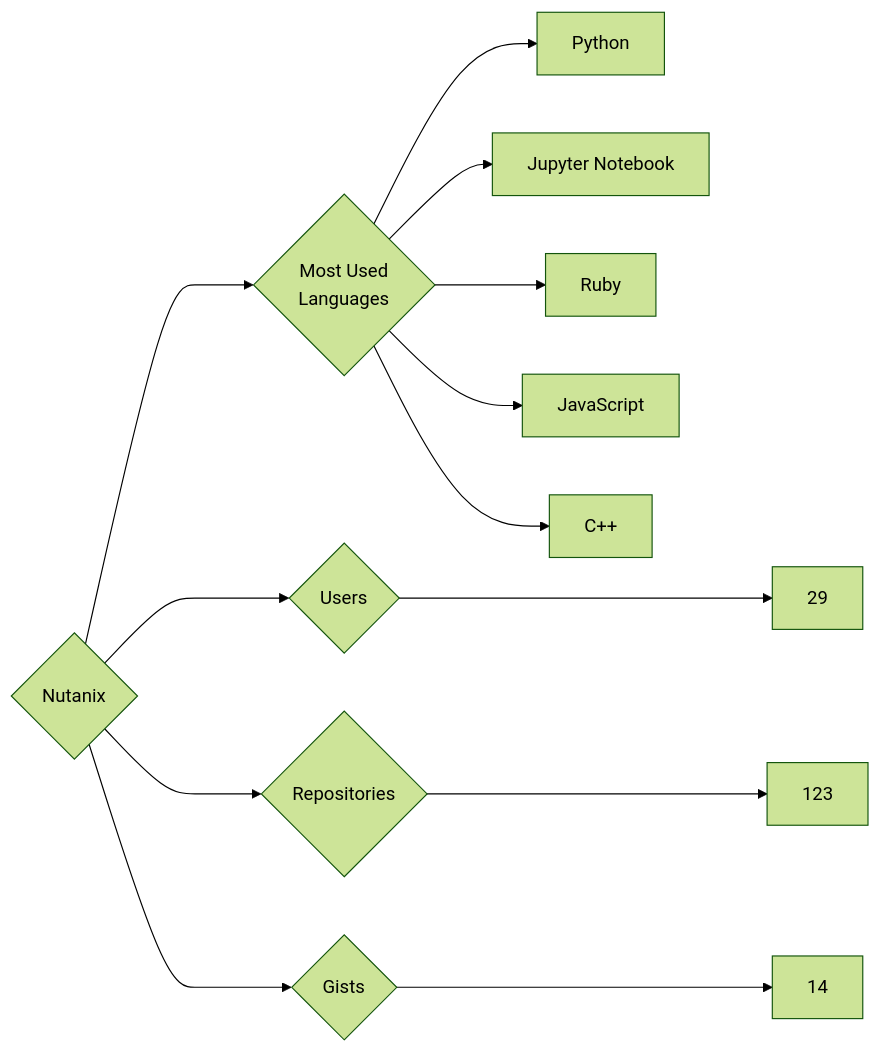
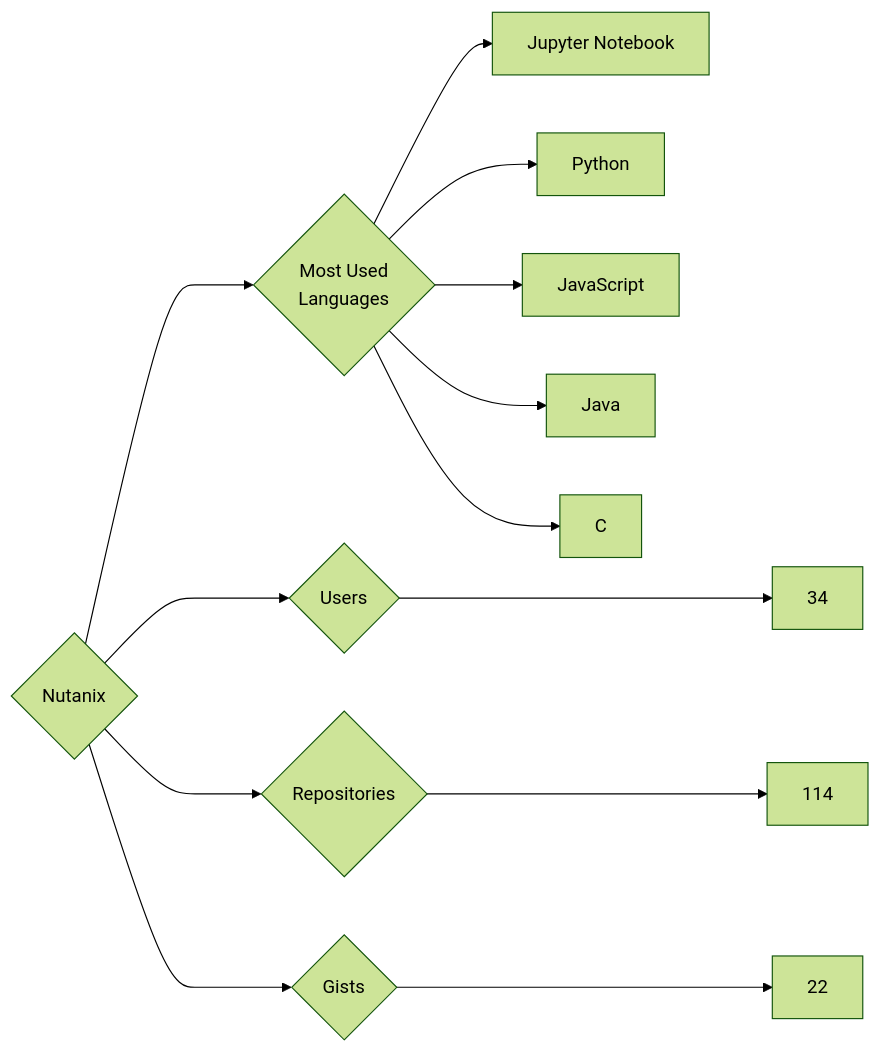
One commit to trickest/insiders changed the diagram in targets/Nutanix/README.md. Above: the diagram before and after it, drawn with Mermaid (forest theme). The commit also changed 728 other files, not shown here.

````diff
--- a/targets/Nutanix/README.md
+++ b/targets/Nutanix/README.md
@@ -3,13 +3,13 @@
 ```mermaid
 graph LR
 COMPANY_NAME{Nutanix}
-COMPANY_NAME ---> U{Users} ---> UN[29]
-COMPANY_NAME ---> R{Repositories} ---> RN[123]
-COMPANY_NAME ---> G{Gists} ---> GN[14]
+COMPANY_NAME ---> U{Users} ---> UN[34]
+COMPANY_NAME ---> R{Repositories} ---> RN[114]
+COMPANY_NAME ---> G{Gists} ---> GN[22]
 COMPANY_NAME ---> ML{Most Used<br>Languages}
+ML --> Jupyter_Notebook[Jupyter Notebook]
 ML --> Python[Python]
-ML --> Jupyter_Notebook[Jupyter Notebook]
-ML --> Ruby[Ruby]
 ML --> JavaScript[JavaScript]
-ML --> C++[C++]
+ML --> Java[Java]
+ML --> C[C]
 ```
````
